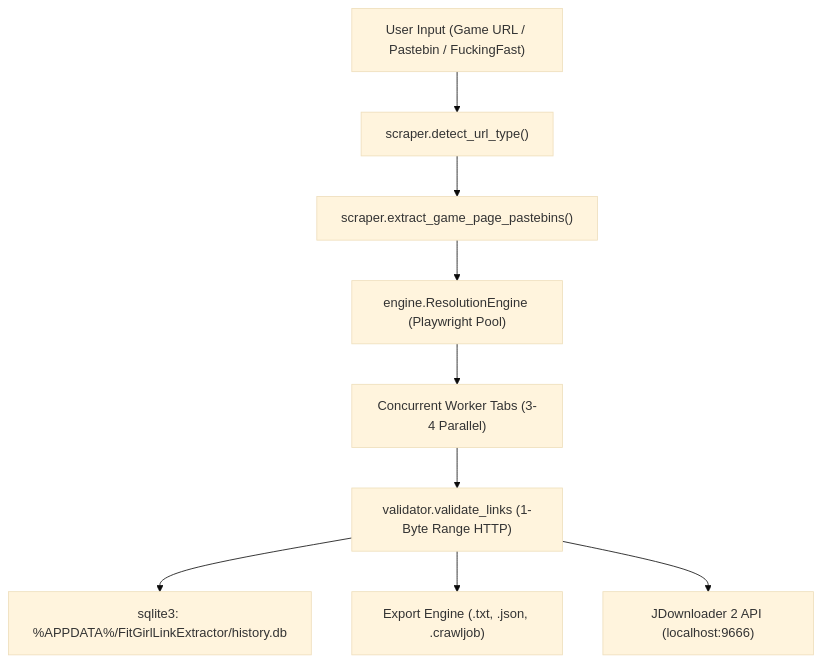
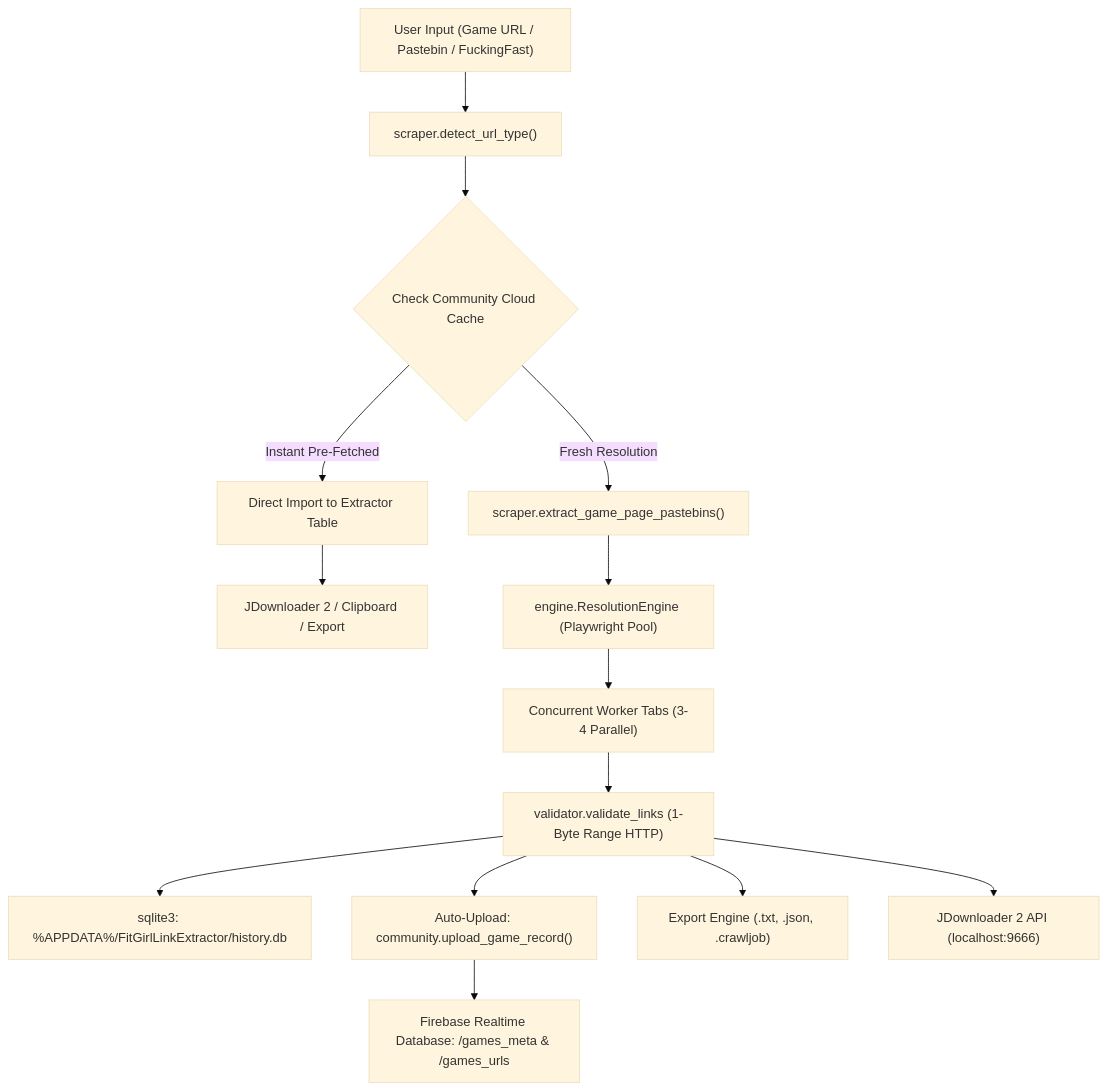
One commit to vik05h/Link-Extractor changed the diagram in MEMORY.md. Above: the diagram before and after it, drawn with Mermaid (base theme). The commit also changed other lines of this file and 20 other files, not shown here.

First line of the commit message:
Add Phase 3 community cloud hub and UI

````diff
--- a/MEMORY.md
+++ b/MEMORY.md
@@ -33,11 +33,16 @@
 ```mermaid
 graph TD
     A["User Input (Game URL / Pastebin / FuckingFast)"] --> B["scraper.detect_url_type()"]
-    B --> C["scraper.extract_game_page_pastebins()"]
-    C --> D["engine.ResolutionEngine (Playwright Pool)"]
-    D --> E["Concurrent Worker Tabs (3-4 Parallel)"]
-    E --> F["validator.validate_links (1-Byte Range HTTP)"]
-    F --> G["sqlite3: %APPDATA%/FitGirlLinkExtractor/history.db"]
-    F --> H["Export Engine (.txt, .json, .crawljob)"]
-    F --> I["JDownloader 2 API (localhost:9666)"]
+    B --> C{"Check Community Cloud Cache"}
+    C -->|Instant Pre-Fetched| D["Direct Import to Extractor Table"]
+    D --> E["JDownloader 2 / Clipboard / Export"]
+    C -->|Fresh Resolution| F["scraper.extract_game_page_pastebins()"]
+    F --> G["engine.ResolutionEngine (Playwright Pool)"]
+    G --> H["Concurrent Worker Tabs (3-4 Parallel)"]
+    H --> I["validator.validate_links (1-Byte Range HTTP)"]
+    I --> J["sqlite3: %APPDATA%/FitGirlLinkExtractor/history.db"]
+    I --> K["Auto-Upload: community.upload_game_record()"]
+    K --> L["Firebase Realtime Database: /games_meta & /games_urls"]
+    I --> M["Export Engine (.txt, .json, .crawljob)"]
+    I --> N["JDownloader 2 API (localhost:9666)"]
 ```
````
